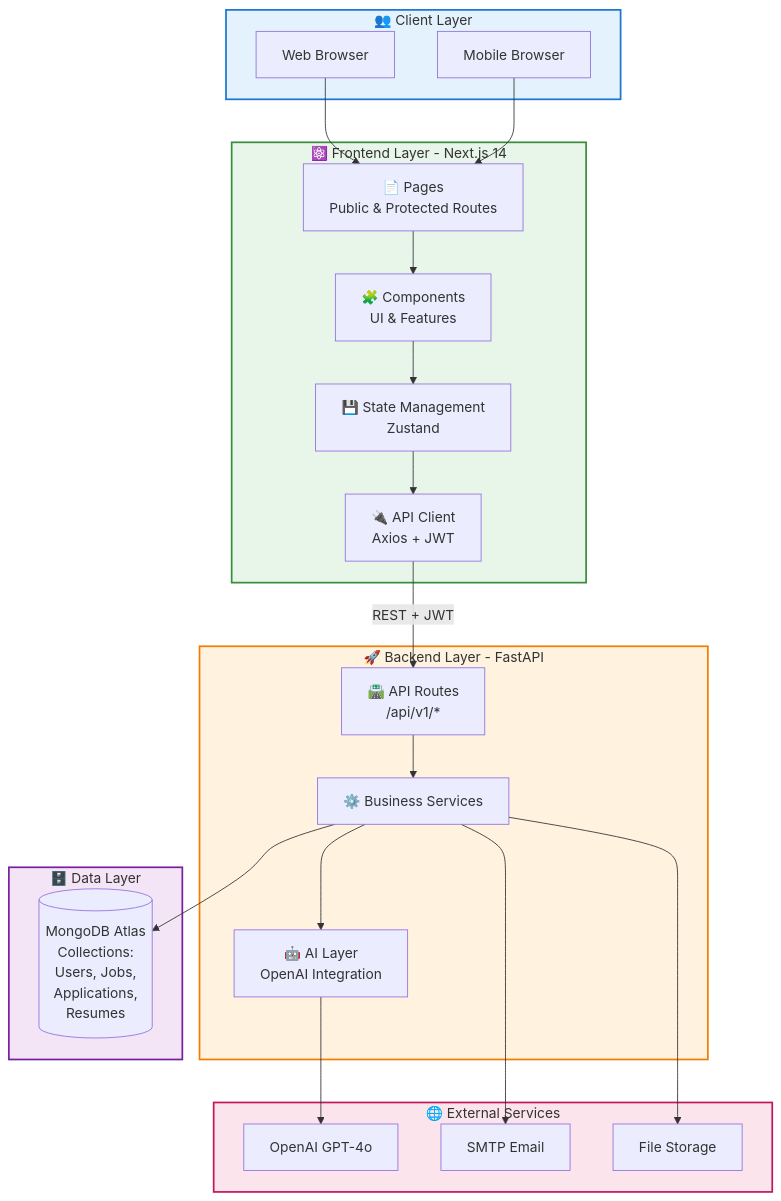
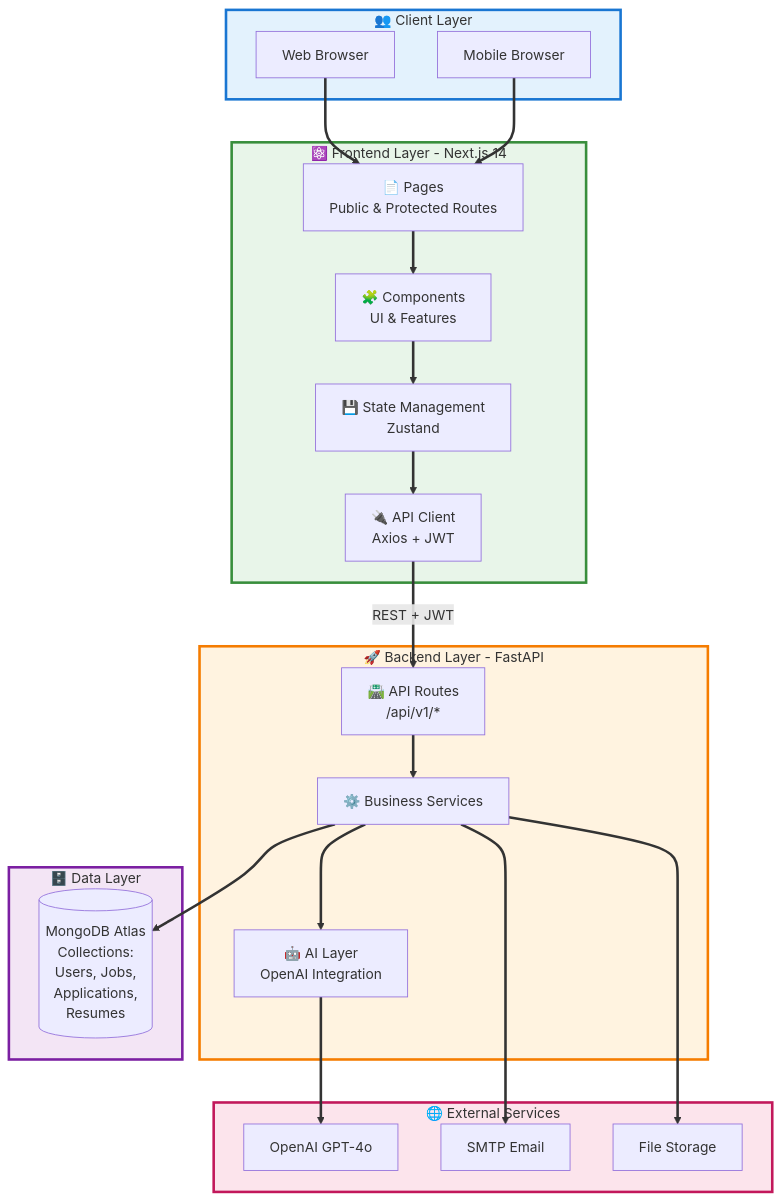
The second of 3 diagrams in README.md (fly2safa/JobPortal), drawn with Mermaid before and after one commit. The commit also changed other lines of this file, not shown here.

First line of the commit message:
fix: Improve arrow and line visibility in architecture diagrams

````diff
--- a/README.md
+++ b/README.md
@@ -142,57 +145,60 @@
 ```mermaid
 graph TB
     subgraph Client["👥 Client Layer"]
         Browser["Web Browser"]
         Mobile["Mobile Browser"]
     end
     
     subgraph Frontend["⚛️ Frontend Layer - Next.js 14"]
         Pages["📄 Pages<br/>Public & Protected Routes"]
         Components["🧩 Components<br/>UI & Features"]
         Store["💾 State Management<br/>Zustand"]
         APIClient["🔌 API Client<br/>Axios + JWT"]
     end
     
     subgraph Backend["🚀 Backend Layer - FastAPI"]
         Routes["🛣️ API Routes<br/>/api/v1/*"]
         Services["⚙️ Business Services"]
         AI["🤖 AI Layer<br/>OpenAI Integration"]
     end
     
     subgraph Data["🗄️ Data Layer"]
         MongoDB[("MongoDB Atlas<br/>Collections:<br/>Users, Jobs,<br/>Applications,<br/>Resumes")]
     end
     
     subgraph External["🌐 External Services"]
         OpenAI["OpenAI GPT-4o"]
         SMTP["SMTP Email"]
         Files["File Storage"]
     end
     
     %% Connections
-    Browser --> Pages
-    Mobile --> Pages
-    Pages --> Components
-    Components --> Store
-    Store --> APIClient
-    APIClient -->|REST + JWT| Routes
-    Routes --> Services
-    Services --> AI
-    Services --> MongoDB
-    AI --> OpenAI
-    Services --> SMTP
-    Services --> Files
+    Browser ==> Pages
+    Mobile ==> Pages
+    Pages ==> Components
+    Components ==> Store
+    Store ==> APIClient
+    APIClient ==>|REST + JWT| Routes
+    Routes ==> Services
+    Services ==> AI
+    Services ==> MongoDB
+    AI ==> OpenAI
+    Services ==> SMTP
+    Services ==> Files
     
     %% Styling
-    classDef clientStyle fill:#e3f2fd,stroke:#1976d2,stroke-width:2px
-    classDef frontendStyle fill:#e8f5e9,stroke:#388e3c,stroke-width:2px
-    classDef backendStyle fill:#fff3e0,stroke:#f57c00,stroke-width:2px
-    classDef dataStyle fill:#f3e5f5,stroke:#7b1fa2,stroke-width:2px
-    classDef externalStyle fill:#fce4ec,stroke:#c2185b,stroke-width:2px
+    classDef clientStyle fill:#e3f2fd,stroke:#1976d2,stroke-width:3px
+    classDef frontendStyle fill:#e8f5e9,stroke:#388e3c,stroke-width:3px
+    classDef backendStyle fill:#fff3e0,stroke:#f57c00,stroke-width:3px
+    classDef dataStyle fill:#f3e5f5,stroke:#7b1fa2,stroke-width:3px
+    classDef externalStyle fill:#fce4ec,stroke:#c2185b,stroke-width:3px
     
     class Client clientStyle
     class Frontend frontendStyle
     class Backend backendStyle
     class Data dataStyle
     class External externalStyle
+    
+    %% Link styling for better visibility
+    linkStyle default stroke:#333,stroke-width:3px
 ```
````
